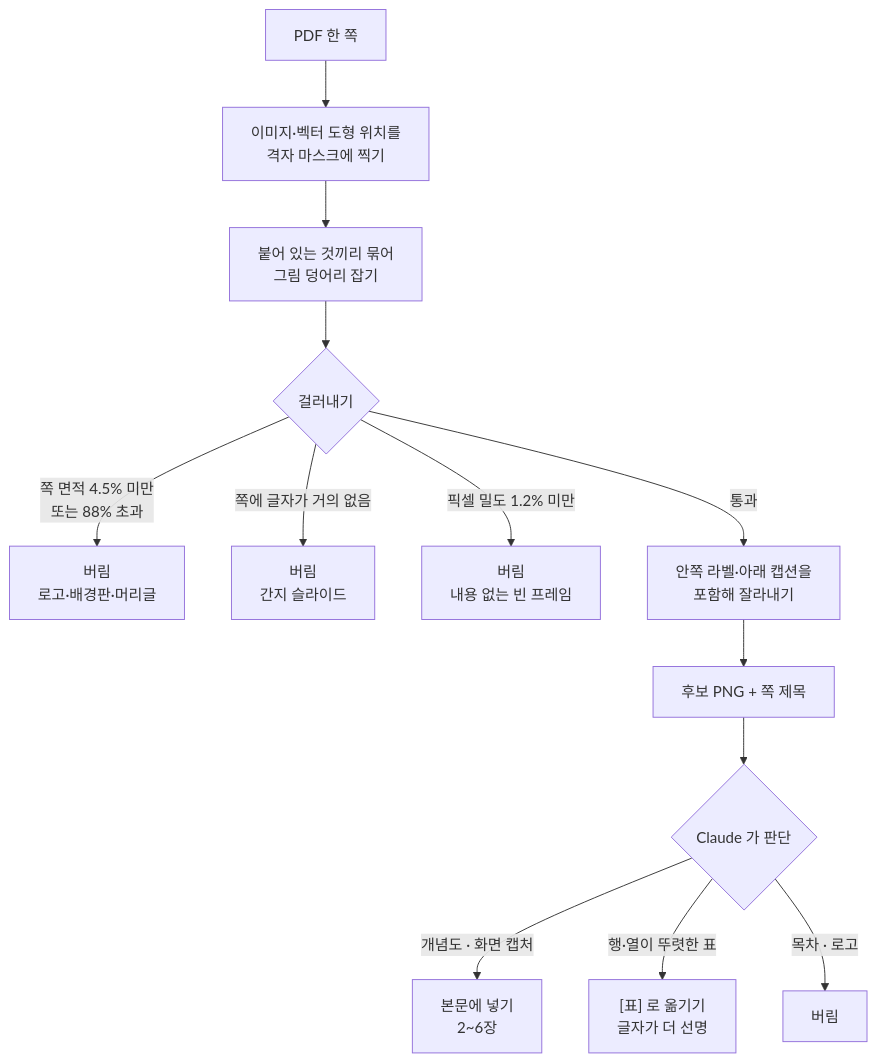
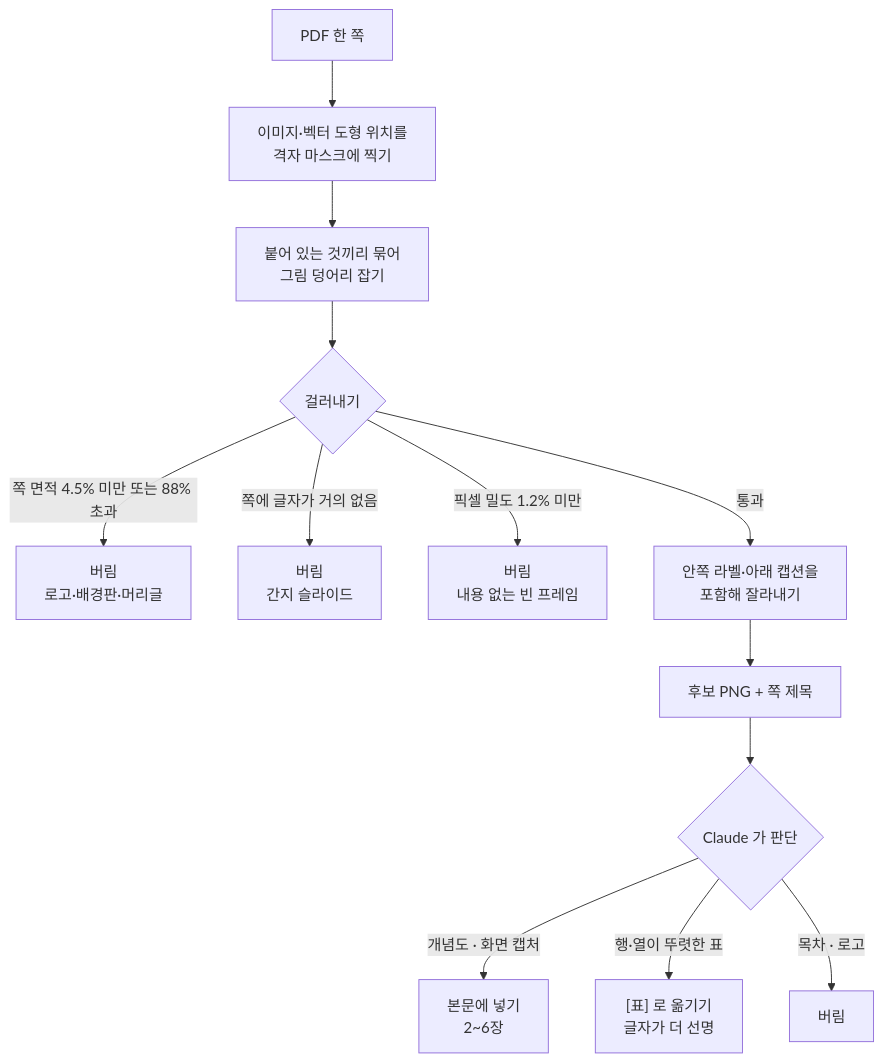
Before and after one commit to noheunyu1126-spec/claude-meeting-minutes-hwpx: the third of 4 diagrams in README.md, drawn with Mermaid.

Commit message:
README: mermaid 엣지 라벨의 <br/> 제거(렌더 호환)

````diff
--- a/README.md
+++ b/README.md
@@ -225,15 +225,15 @@
 ```mermaid
 flowchart TB
     A["PDF 한 쪽"] --> B["이미지·벡터 도형 위치를<br/>격자 마스크에 찍기"]
     B --> C["붙어 있는 것끼리 묶어<br/>그림 덩어리 잡기"]
     C --> D{"걸러내기"}
-    D -->|"쪽 면적 4.5% 미만<br/>또는 88% 초과"| X1["버림<br/>로고·배경판·머리글"]
+    D -->|"쪽 면적 4.5% 미만 또는 88% 초과"| X1["버림<br/>로고·배경판·머리글"]
     D -->|"쪽에 글자가 거의 없음"| X2["버림<br/>간지 슬라이드"]
     D -->|"픽셀 밀도 1.2% 미만"| X3["버림<br/>내용 없는 빈 프레임"]
     D -->|통과| E["안쪽 라벨·아래 캡션을<br/>포함해 잘라내기"]
     E --> F["후보 PNG + 쪽 제목"]
     F --> G{"Claude 가 판단"}
     G -->|"개념도 · 화면 캡처"| Y1["본문에 넣기<br/>2~6장"]
     G -->|"행·열이 뚜렷한 표"| Y2["[표] 로 옮기기<br/>글자가 더 선명"]
     G -->|"목차 · 로고"| Y3["버림"]
 ```
````
